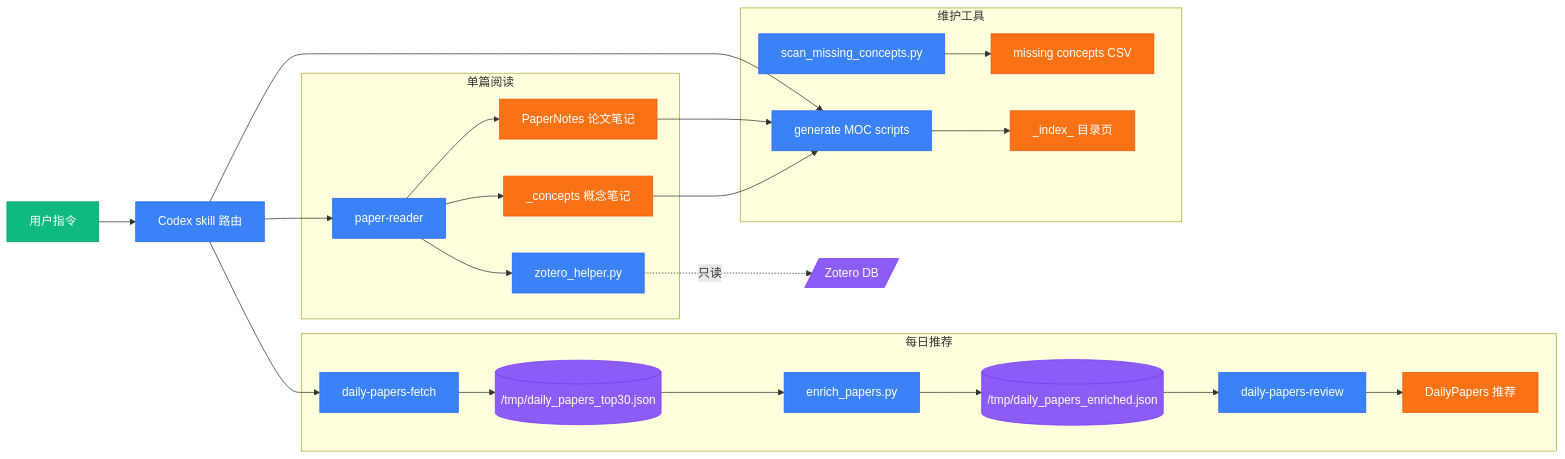
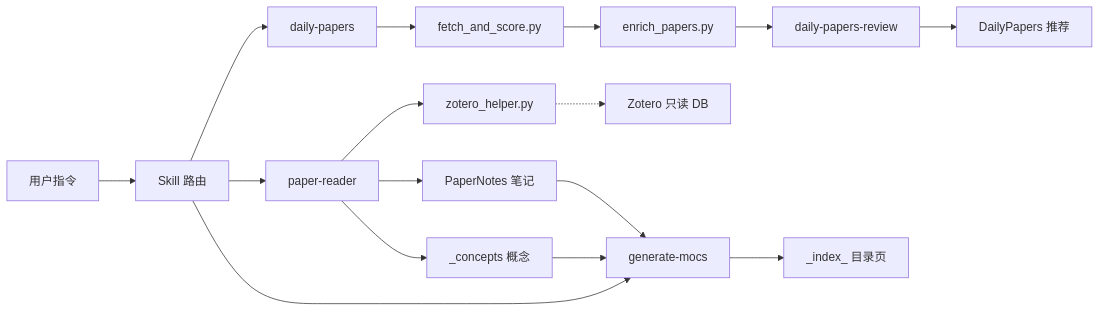
The first of 2 diagrams in ARCHITECTURE.md (BeenLi/dailypaper-skills), drawn with Mermaid before and after one commit. The commit also changed other lines of this file and 13 other files, not shown here.

````diff
--- a/ARCHITECTURE.md
+++ b/ARCHITECTURE.md
@@ -7,48 +36,18 @@
 ```mermaid
 flowchart LR
-    userInput["用户指令"] --> orchestrator["Codex skill 路由"]
-
-    subgraph dailyFlow["每日推荐"]
-        fetchSkill["daily-papers-fetch"] --> tmpTop[("/tmp/daily_papers_top30.json")]
-        tmpTop --> enrichScript["enrich_papers.py"]
-        enrichScript --> tmpEnriched[("/tmp/daily_papers_enriched.json")]
-        tmpEnriched --> reviewSkill["daily-papers-review"]
-        reviewSkill --> dailyNote["DailyPapers 推荐"]
-    end
-
-    subgraph readFlow["单篇阅读"]
-        paperReader["paper-reader"] --> zoteroHelper["zotero_helper.py"]
-        paperReader --> paperNote["PaperNotes 论文笔记"]
-        paperReader --> conceptNote["_concepts 概念笔记"]
-    end
-
-    subgraph maintenance["维护工具"]
-        scanConcepts["scan_missing_concepts.py"] --> conceptReport["missing concepts CSV"]
-        mocScripts["generate MOC scripts"] --> mocPages["_index_ 目录页"]
-    end
-
-    orchestrator --> fetchSkill
-    orchestrator --> paperReader
-    orchestrator --> mocScripts
-    zoteroHelper -.->|"只读"| zoteroDb[/"Zotero DB"/]
-    paperNote --> mocScripts
-    conceptNote --> mocScripts
-
-    style userInput fill:#10B981,color:#fff,stroke:#059669
-    style orchestrator fill:#3B82F6,color:#fff,stroke:#2563EB
-    style fetchSkill fill:#3B82F6,color:#fff,stroke:#2563EB
-    style enrichScript fill:#3B82F6,color:#fff,stroke:#2563EB
-    style reviewSkill fill:#3B82F6,color:#fff,stroke:#2563EB
-    style paperReader fill:#3B82F6,color:#fff,stroke:#2563EB
-    style zoteroHelper fill:#3B82F6,color:#fff,stroke:#2563EB
-    style scanConcepts fill:#3B82F6,color:#fff,stroke:#2563EB
-    style mocScripts fill:#3B82F6,color:#fff,stroke:#2563EB
-    style tmpTop fill:#8B5CF6,color:#fff,stroke:#7C3AED
-    style tmpEnriched fill:#8B5CF6,color:#fff,stroke:#7C3AED
-    style zoteroDb fill:#8B5CF6,color:#fff,stroke:#7C3AED
-    style dailyNote fill:#F97316,color:#fff,stroke:#EA580C
-    style paperNote fill:#F97316,color:#fff,stroke:#EA580C
-    style conceptNote fill:#F97316,color:#fff,stroke:#EA580C
-    style conceptReport fill:#F97316,color:#fff,stroke:#EA580C
-    style mocPages fill:#F97316,color:#fff,stroke:#EA580C
+    user["用户指令"] --> router["Skill 路由"]
+    router --> daily["daily-papers"]
+    daily --> fetch["fetch_and_score.py"]
+    fetch --> enrich["enrich_papers.py"]
+    enrich --> review["daily-papers-review"]
+    review --> dailyNote["DailyPapers 推荐"]
+    router --> reader["paper-reader"]
+    reader --> zotero["zotero_helper.py"]
+    zotero -.-> zoteroDb["Zotero 只读 DB"]
+    reader --> paperNote["PaperNotes 笔记"]
+    reader --> conceptNote["_concepts 概念"]
+    router --> mocs["generate-mocs"]
+    paperNote --> mocs
+    conceptNote --> mocs
+    mocs --> indexPages["_index_ 目录页"]
 ```
````
